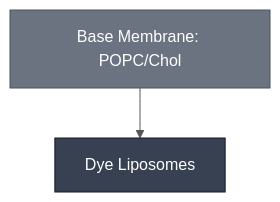
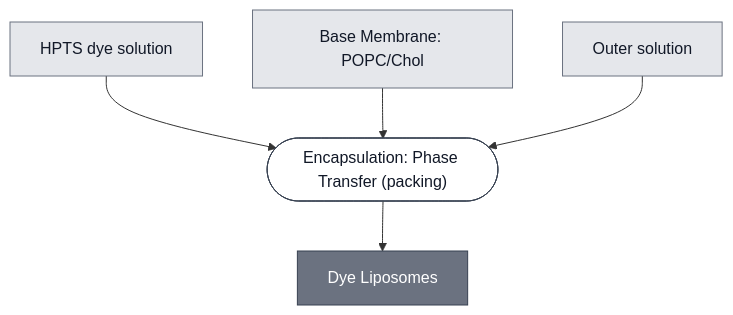
The diagram in docs/modules/dye-liposomes/spec.md (nucleus-eng/nucleus-docs), drawn with Mermaid before and after one commit. The commit also changed 4 other files, not shown here.

First line of the commit message:
Regenerate two stale composition diagrams, and name the membrane by its page title

````diff
--- a/docs/modules/dye-liposomes/spec.md
+++ b/docs/modules/dye-liposomes/spec.md
@@ -21,16 +21,26 @@
 ```mermaid
-%%{init: {'theme': 'base', 'themeVariables': {'lineColor': '#555555', 'edgeLabelBackground': '#ffffff'}}}%%
 flowchart TD
-    DYE_LIPOSOMES["Dye Liposomes"]
+    OUTER_SOLUTION["Outer solution"]
+    HPTS["HPTS dye solution"]
     MEMBRANE_POPC_CHOL["Base Membrane: POPC/Chol"]
 
-    MEMBRANE_POPC_CHOL --> DYE_LIPOSOMES
+    P1_ENCAPSULATE_0(["Encapsulation: Phase Transfer (packing)"])
+    DYE_LIPOSOMES["Dye Liposomes"]
 
-    classDef constituent fill:#6B7280,color:#ffffff,stroke:#4B5563;
-    classDef this fill:#374151,color:#ffffff,stroke:#111827;
-    class MEMBRANE_POPC_CHOL constituent;
-    class DYE_LIPOSOMES this;
+    HPTS --> P1_ENCAPSULATE_0
+    MEMBRANE_POPC_CHOL --> P1_ENCAPSULATE_0
+    OUTER_SOLUTION --> P1_ENCAPSULATE_0
+    P1_ENCAPSULATE_0 --> DYE_LIPOSOMES
 
+
+    classDef leaf     fill:#e5e7eb,stroke:#6b7280,color:#111827;
+    classDef composed fill:#6b7280,stroke:#374151,color:#ffffff;
+    classDef process  fill:#ffffff,stroke:#374151,color:#111827;
+    class OUTER_SOLUTION,HPTS,MEMBRANE_POPC_CHOL leaf;
+    class DYE_LIPOSOMES composed;
+    class P1_ENCAPSULATE_0 process;
+
+    click MEMBRANE_POPC_CHOL "/docs/modules/membrane-popc-chol/spec"
+    click P1_ENCAPSULATE_0 "/docs/processes/assemble-base-cell/main"
     click DYE_LIPOSOMES "/docs/modules/dye-liposomes/spec"
-    click MEMBRANE_POPC_CHOL "/docs/modules/membrane-popc-chol/spec"
 ```
````
